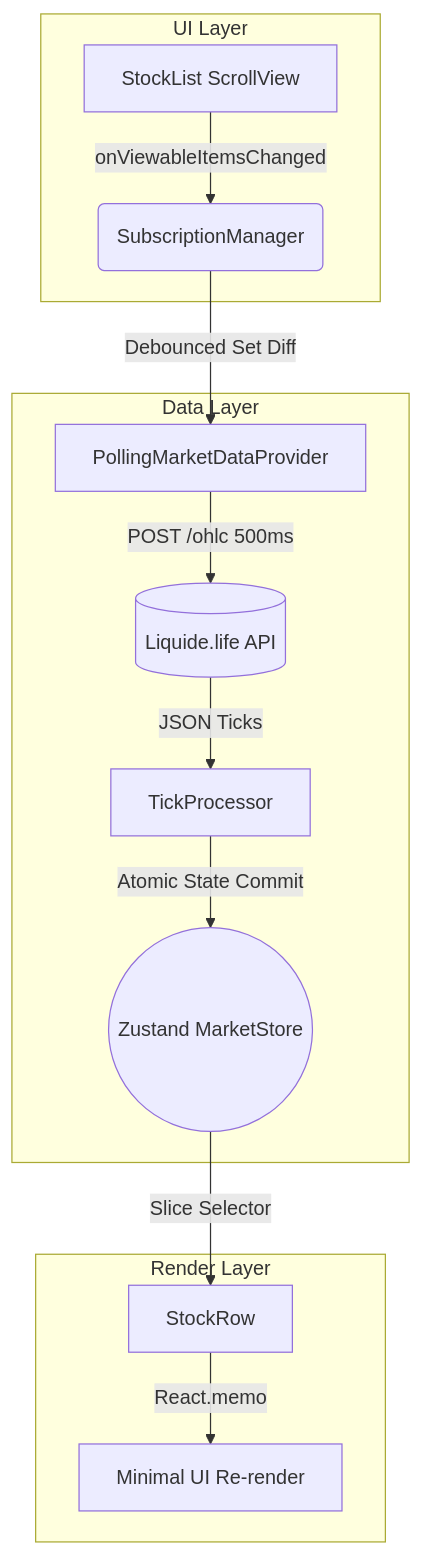
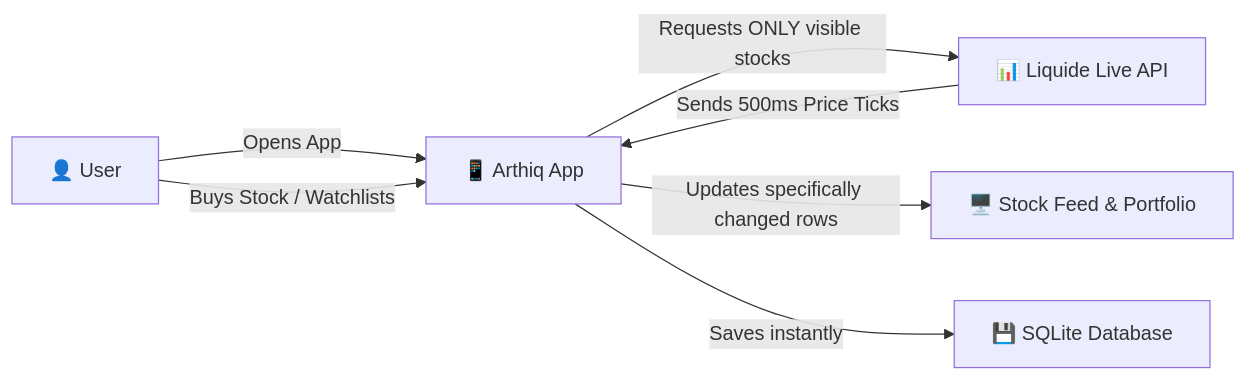
One commit to ranjanj17/arthiq-market changed the diagram in README.md. Above: the diagram before and after it, drawn with Mermaid. The commit also changed other lines of this file, not shown here.

````diff
--- a/README.md
+++ b/README.md
@@ -33,18 +56,15 @@
 ```mermaid
-flowchart TD
-    subgraph UI Layer
-        A[StockList ScrollView] -->|onViewableItemsChanged| B(SubscriptionManager)
-    end
-    
-    subgraph Data Layer
-        B -->|Debounced Set Diff| C[PollingMarketDataProvider]
-        C -->|POST /ohlc 500ms| D[(Liquide.life API)]
-        D -->|JSON Ticks| E[TickProcessor]
-        E -->|Atomic State Commit| F((Zustand MarketStore))
-    end
-    
-    subgraph Render Layer
-        F -->|Slice Selector| G[StockRow]
-        G -->|React.memo| H[Minimal UI Re-render]
-    end
+flowchart LR
+    User[👤 User]
+    App[📱 Arthiq App]
+    API[📊 Liquide Live API]
+    UI[🖥️ Stock Feed & Portfolio]
+    DB[💾 SQLite Database]
+
+    User -->|Opens App| App
+    App -->|Requests ONLY visible stocks| API
+    API -->|Sends 500ms Price Ticks| App
+    App -->|Updates specifically changed rows| UI
+    User -->|Buys Stock / Watchlists| App
+    App -->|Saves instantly| DB
 ```
````
